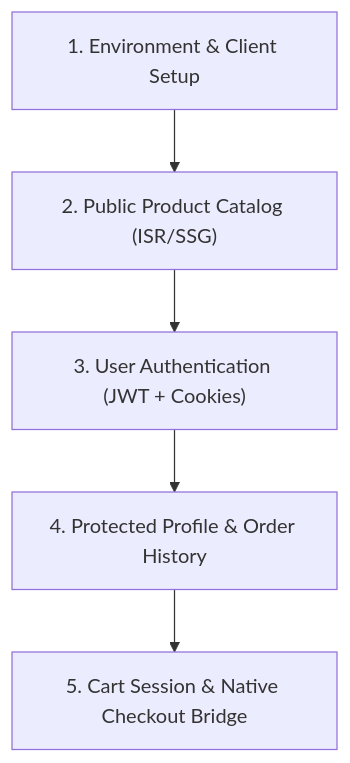
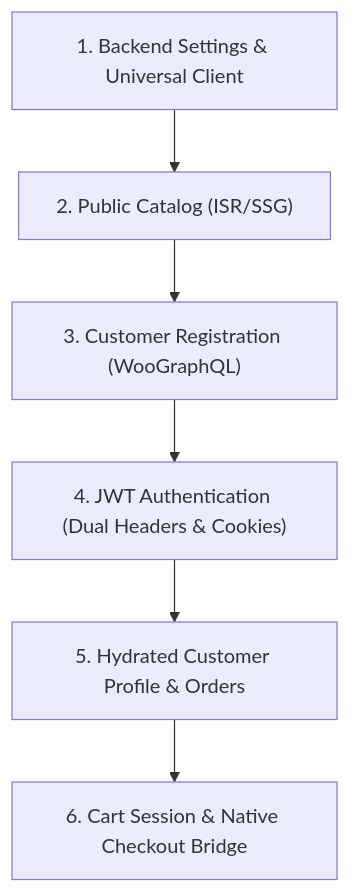
The diagram in .agents/skills/nextjs-woocommerce/SKILL.md (BIGboss248/nextjs-wordpress), drawn with Mermaid before and after one commit. The commit also changed other lines of this file and 34 other files, not shown here.

Commit message:
feat(commerce): implement cart, customer auth, checkout bridge, and headless client fixes

````diff
--- a/.agents/skills/nextjs-woocommerce/SKILL.md
+++ b/.agents/skills/nextjs-woocommerce/SKILL.md
@@ -24,7 +24,8 @@
 ```mermaid
 flowchart TD
-    S1["1. Environment & Client Setup"] --> S2["2. Public Product Catalog (ISR/SSG)"]
-    S2 --> S3["3. User Authentication (JWT + Cookies)"]
-    S3 --> S4["4. Protected Profile & Order History"]
-    S4 --> S5["5. Cart Session & Native Checkout Bridge"]
+    S1["1. Backend Settings & Universal Client"] --> S2["2. Public Catalog (ISR/SSG)"]
+    S2 --> S3["3. Customer Registration (WooGraphQL)"]
+    S3 --> S4["4. JWT Authentication (Dual Headers & Cookies)"]
+    S4 --> S5["5. Hydrated Customer Profile & Orders"]
+    S5 --> S6["6. Cart Session & Native Checkout Bridge"]
 ```
````
